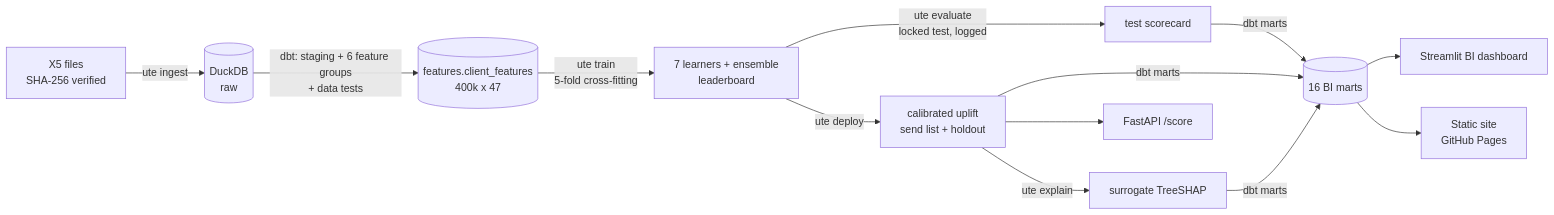
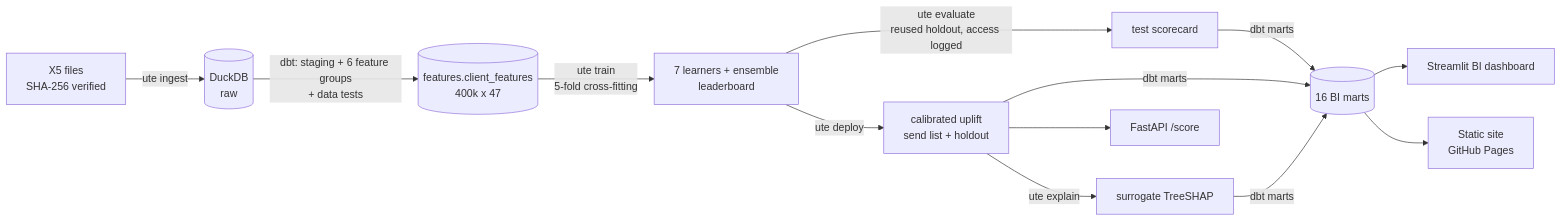
One commit to NirmalKumar31/uplift-targeting-engine changed the diagram in README.md. Above: the diagram before and after it, drawn with Mermaid. The commit also changed other lines of this file and 9 other files, not shown here.

````diff
--- a/README.md
+++ b/README.md
@@ -61,13 +80,13 @@
 ```mermaid
 flowchart LR
     A[X5 files<br/>SHA-256 verified] -->|ute ingest| B[(DuckDB<br/>raw)]
     B -->|dbt: staging + 6 feature groups<br/>+ data tests| C[(features.client_features<br/>400k x 47)]
     C -->|ute train<br/>5-fold cross-fitting| D[7 learners + ensemble<br/>leaderboard]
-    D -->|ute evaluate<br/>locked test, logged| E[test scorecard]
+    D -->|ute evaluate<br/>reused holdout, access logged| E[test scorecard]
     D -->|ute deploy| F[calibrated uplift<br/>send list + holdout]
     F -->|ute explain| G[surrogate TreeSHAP]
     E & F & G -->|dbt marts| H[(16 BI marts)]
     H --> I[Streamlit BI dashboard]
     H --> J[Static site<br/>GitHub Pages]
     F --> K[FastAPI /score]
 ```
````
